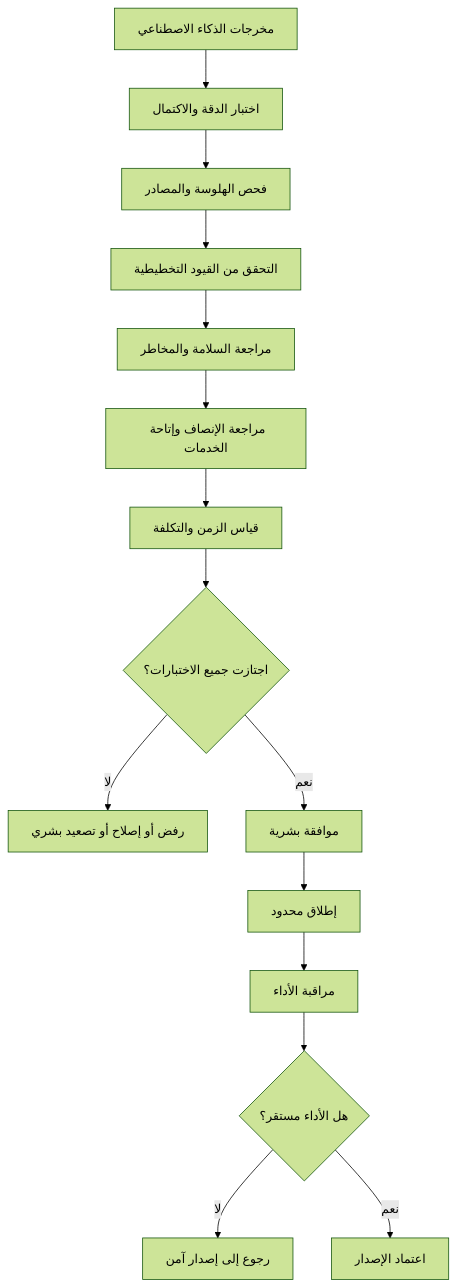
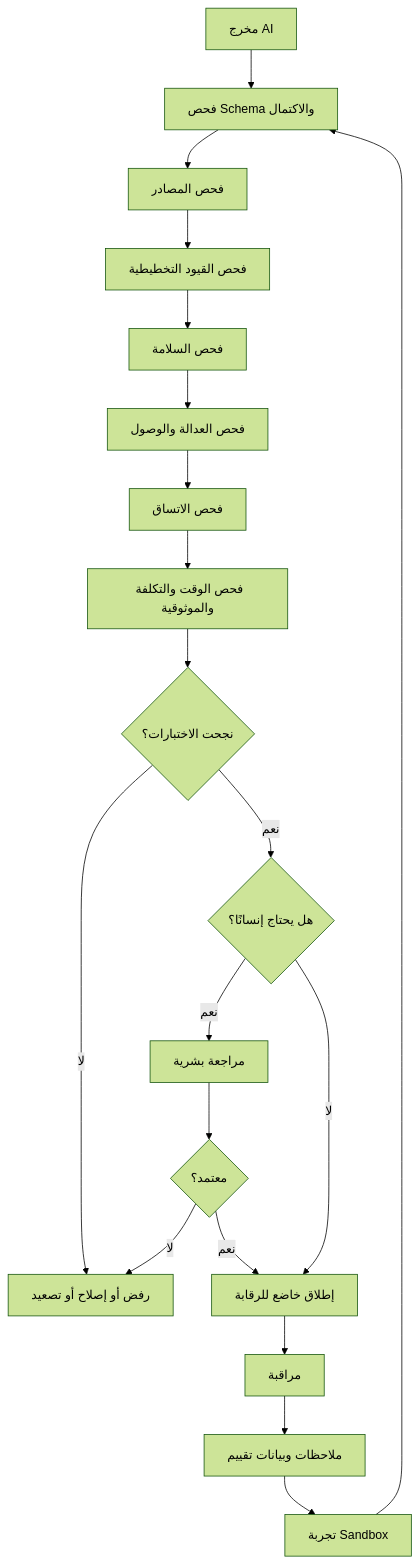
One commit to 1o8t/AI-Future-Lab changed the third of 4 diagrams in docs/ar/AI_MODEL_WORKFLOWS.md. Above: the diagram before and after it, drawn with Mermaid (forest theme). The commit also changed other lines of this file, not shown here.

````diff
--- a/docs/ar/AI_MODEL_WORKFLOWS.md
+++ b/docs/ar/AI_MODEL_WORKFLOWS.md
@@ -79,17 +550,22 @@
 ```mermaid
 flowchart TD
-    A[مخرجات الذكاء الاصطناعي] --> B[اختبار الدقة والاكتمال]
-    B --> C[فحص الهلوسة والمصادر]
-    C --> D[التحقق من القيود التخطيطية]
-    D --> E[مراجعة السلامة والمخاطر]
-    E --> F[مراجعة الإنصاف وإتاحة الخدمات]
-    F --> G[قياس الزمن والتكلفة]
-    G --> H{اجتازت جميع الاختبارات؟}
-    H -- لا --> I[رفض أو إصلاح أو تصعيد بشري]
-    H -- نعم --> J[موافقة بشرية]
-    J --> K[إطلاق محدود]
-    K --> L[مراقبة الأداء]
-    L --> M{هل الأداء مستقر؟}
-    M -- لا --> N[رجوع إلى إصدار آمن]
-    M -- نعم --> O[اعتماد الإصدار]
+    A[مخرج AI] --> B[فحص Schema والاكتمال]
+    B --> C[فحص المصادر]
+    C --> D[فحص القيود التخطيطية]
+    D --> E[فحص السلامة]
+    E --> F[فحص العدالة والوصول]
+    F --> G[فحص الاتساق]
+    G --> H[فحص الوقت والتكلفة والموثوقية]
+    H --> I{نجحت الاختبارات؟}
+    I -- لا --> J[رفض أو إصلاح أو تصعيد]
+    I -- نعم --> K{هل يحتاج إنسانًا؟}
+    K -- نعم --> L[مراجعة بشرية]
+    K -- لا --> M[إطلاق خاضع للرقابة]
+    L --> N{معتمد؟}
+    N -- لا --> J
+    N -- نعم --> M
+    M --> O[مراقبة]
+    O --> P[ملاحظات وبيانات تقييم]
+    P --> Q[تجربة Sandbox]
+    Q --> B
 ```
````
